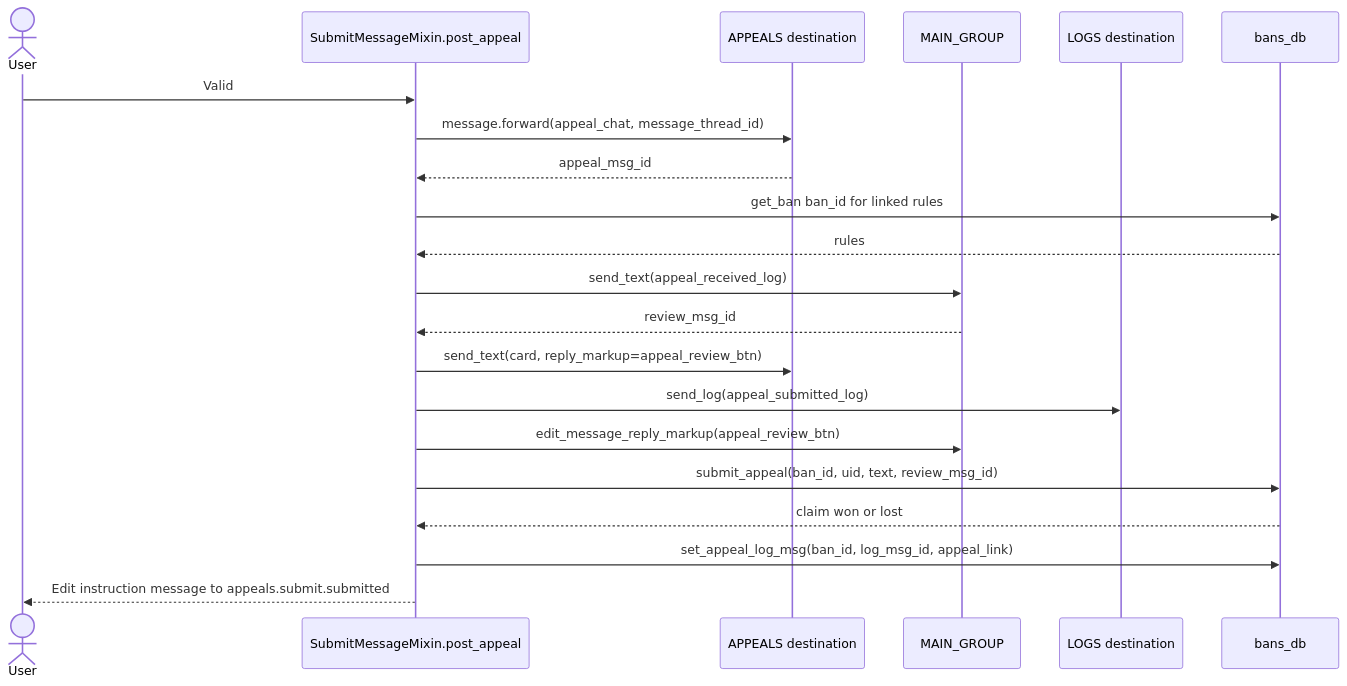
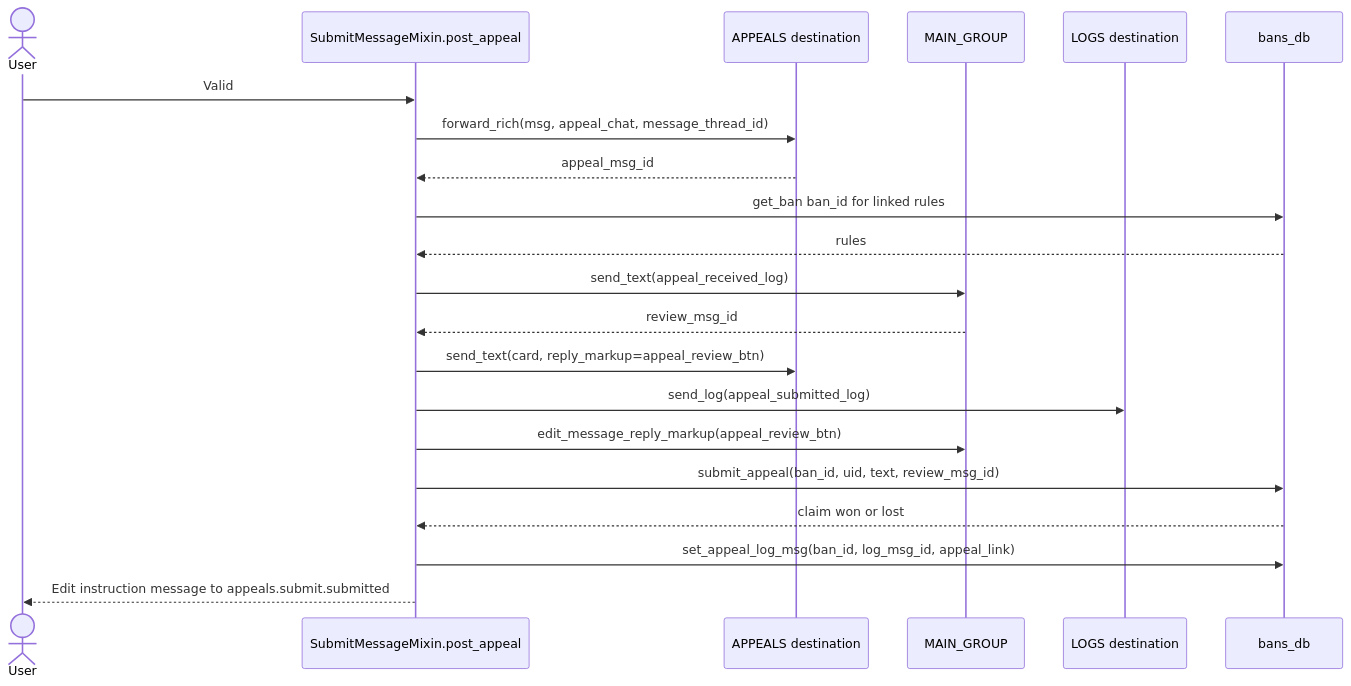
The second of 4 diagrams in docs/flows/appeals.md (D1ZZY4/tcbot), drawn with Mermaid before and after one commit. The commit also changed 12 other files, not shown here.

````diff
--- a/docs/flows/appeals.md
+++ b/docs/flows/appeals.md
@@ -66,23 +66,23 @@
 ```mermaid
 sequenceDiagram
     actor User
     participant Flow as SubmitMessageMixin.post_appeal
     participant Appeals as APPEALS destination
     participant Group as MAIN_GROUP
     participant Logs as LOGS destination
     participant DB as bans_db
     User->>Flow: Valid #appeal text
-    Flow->>Appeals: message.forward(appeal_chat, message_thread_id)
+    Flow->>Appeals: forward_rich(msg, appeal_chat, message_thread_id)
     Appeals-->>Flow: appeal_msg_id
     Flow->>DB: get_ban ban_id for linked rules
     DB-->>Flow: rules
     Flow->>Group: send_text(appeal_received_log)
     Group-->>Flow: review_msg_id
     Flow->>Appeals: send_text(card, reply_markup=appeal_review_btn)
     Flow->>Logs: send_log(appeal_submitted_log)
     Flow->>Group: edit_message_reply_markup(appeal_review_btn)
     Flow->>DB: submit_appeal(ban_id, uid, text, review_msg_id)
     DB-->>Flow: claim won or lost
     Flow->>DB: set_appeal_log_msg(ban_id, log_msg_id, appeal_link)
     Flow-->>User: Edit instruction message to appeals.submit.submitted
 ```
````
